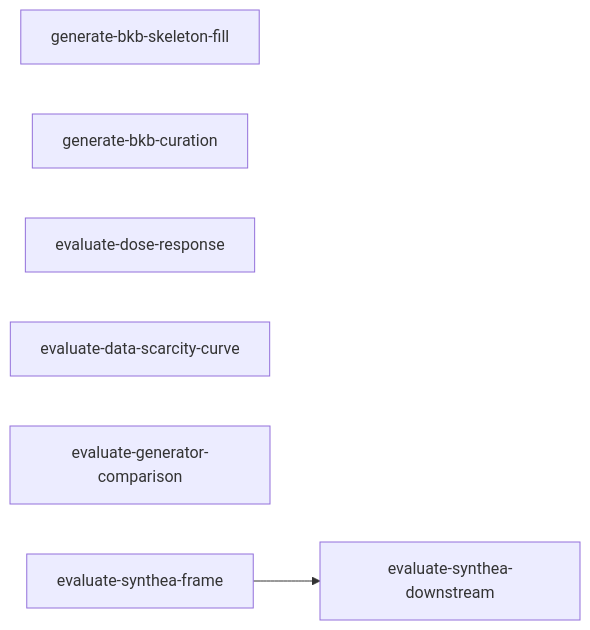
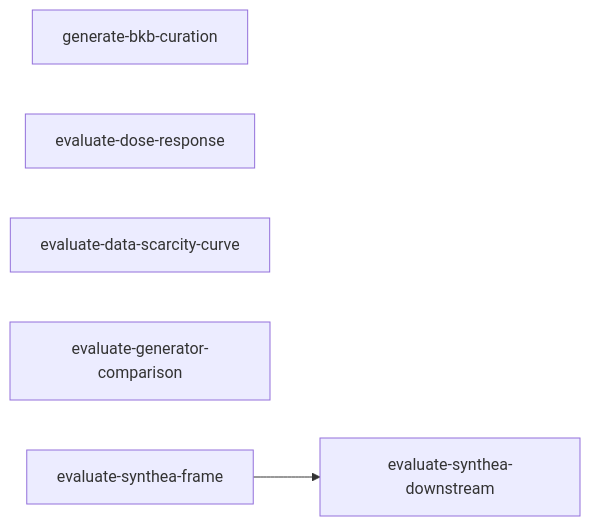
One commit to joe-dartmouth/synthetic changed the diagram in tasks/experiments-index.md. Above: the diagram before and after it, drawn with Mermaid. The commit also changed other lines of this file and 40 other files, not shown here.

````diff
--- a/tasks/experiments-index.md
+++ b/tasks/experiments-index.md
@@ -31,9 +30,8 @@
 ```mermaid
 flowchart LR
-    skeleton_fill[generate-bkb-skeleton-fill]
     bkb_curation[generate-bkb-curation]
     dose_response[evaluate-dose-response]
     scarcity_curve[evaluate-data-scarcity-curve]
     generator_comparison[evaluate-generator-comparison]
     synthea_frame[evaluate-synthea-frame] --> synthea_downstream[evaluate-synthea-downstream]
 ```
````
